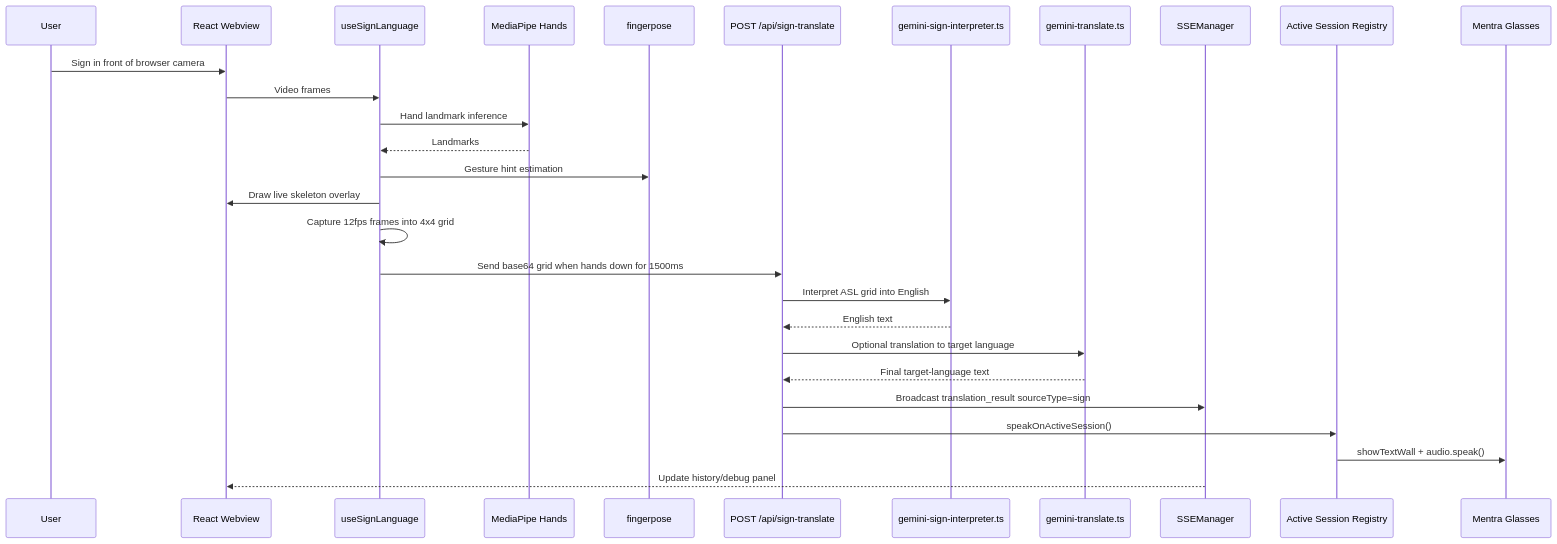
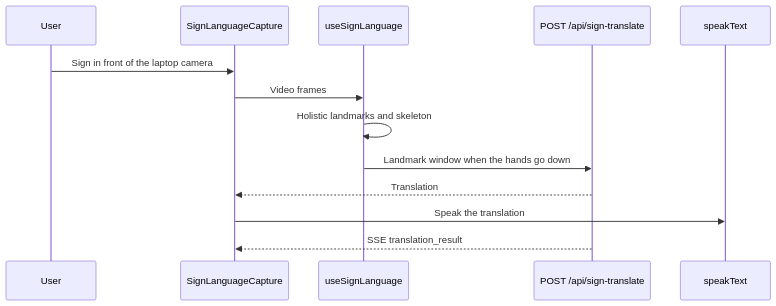
Before and after one commit to MenPeko/SFSU_VocaLens_CSC603: the third of 3 diagrams in ARCHITECTURE.md, drawn with Mermaid. The commit also changed other lines of this file and 2 other files, not shown here.

First line of the commit message:
Document the local laptop-camera runtime.

````diff
--- a/ARCHITECTURE.md
+++ b/ARCHITECTURE.md
@@ -120,31 +74,16 @@
 ```mermaid
 sequenceDiagram
   participant U as User
-  participant UI as React Webview
+  participant UI as SignLanguageCapture
   participant H as useSignLanguage
-  participant MP as MediaPipe Hands
-  participant FP as fingerpose
   participant API as POST /api/sign-translate
-  participant SI as gemini-sign-interpreter.ts
-  participant GT as gemini-translate.ts
-  participant S as SSEManager
-  participant AS as Active Session Registry
-  participant G as Mentra Glasses
+  participant Speech as speakText
 
-  U->>UI: Sign in front of browser camera
+  U->>UI: Sign in front of the laptop camera
   UI->>H: Video frames
-  H->>MP: Hand landmark inference
-  MP-->>H: Landmarks
-  H->>FP: Gesture hint estimation
-  H->>UI: Draw live skeleton overlay
-  H->>H: Capture 12fps frames into 4x4 grid
-  H->>API: Send base64 grid when hands down for 1500ms
-  API->>SI: Interpret ASL grid into English
-  SI-->>API: English text
-  API->>GT: Optional translation to target language
-  GT-->>API: Final target-language text
-  API->>S: Broadcast translation_result sourceType=sign
-  API->>AS: speakOnActiveSession()
-  AS->>G: showTextWall + audio.speak()
-  S-->>UI: Update history/debug panel
+  H->>H: Holistic landmarks and skeleton
+  H->>API: Landmark window when the hands go down
+  API-->>UI: Translation
+  UI->>Speech: Speak the translation
+  API-->>UI: SSE translation_result
 ```
````
